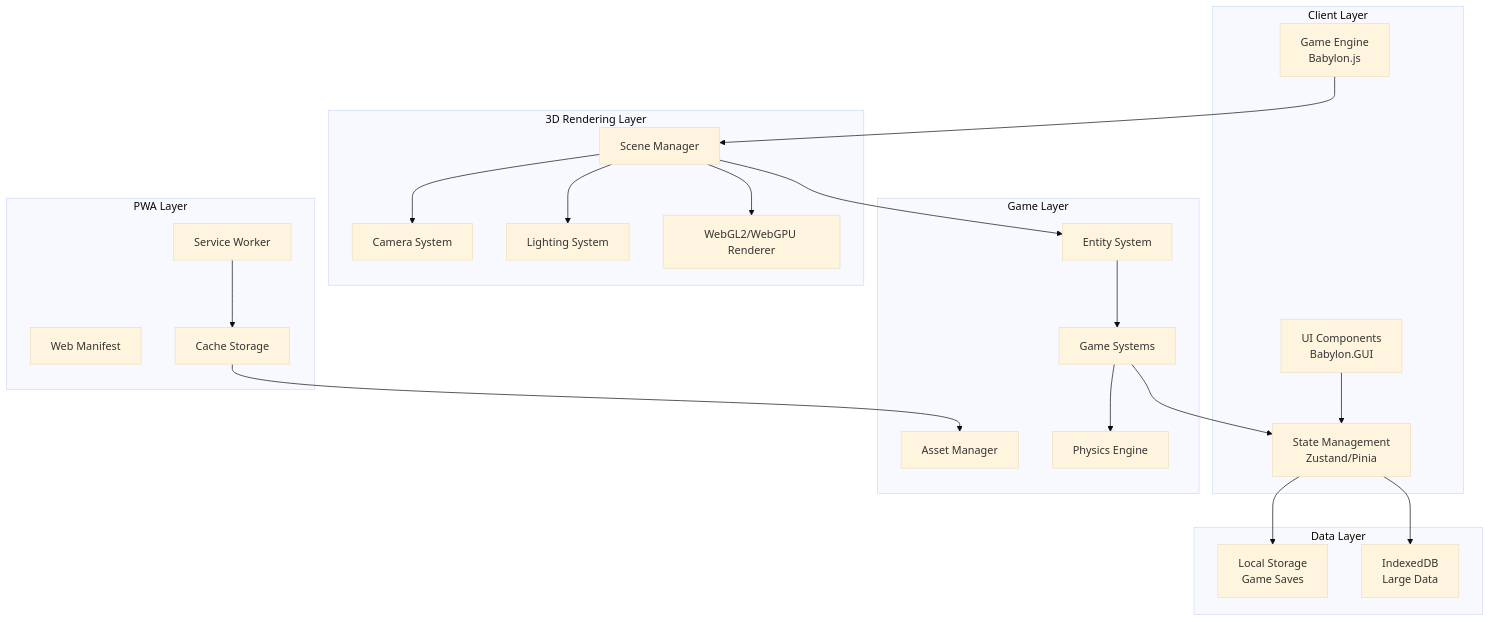
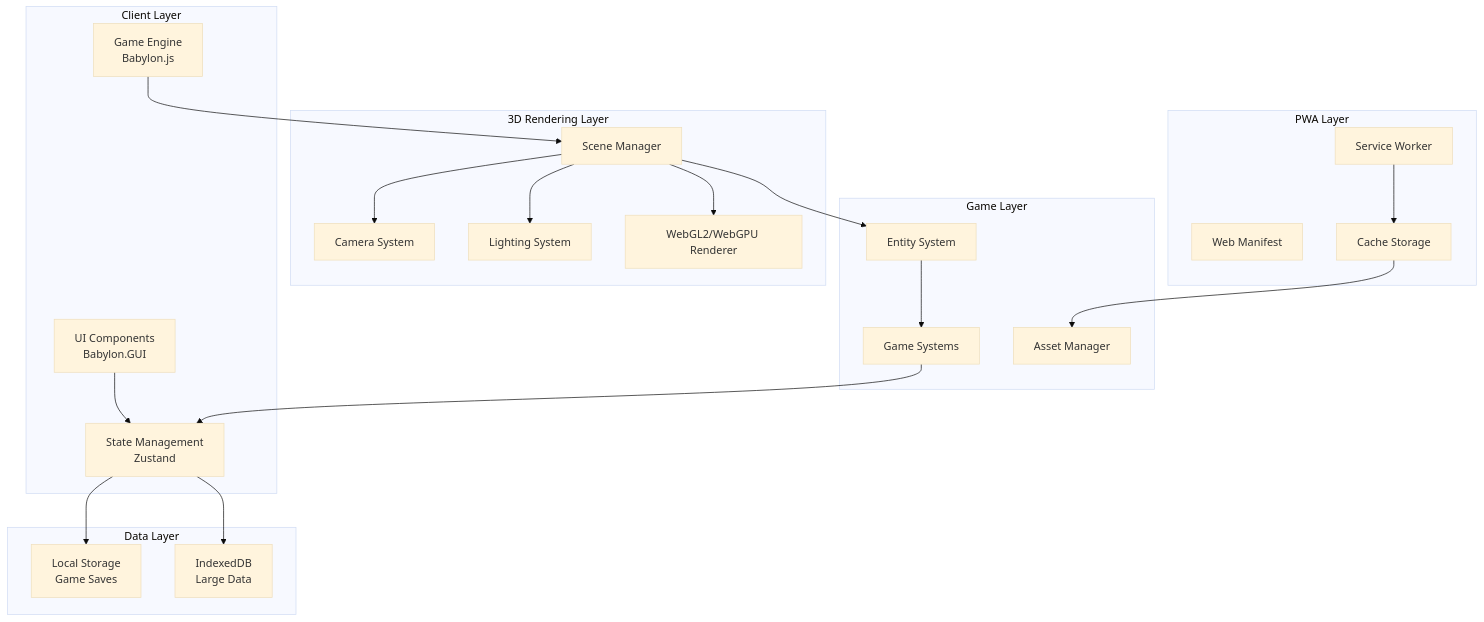
One commit to stansz/sz_server_survival changed the first of 2 diagrams in plans/architecture-plan-3d.md. Above: the diagram before and after it, drawn with Mermaid (base theme). The commit also changed other lines of this file, not shown here.

````diff
--- a/plans/architecture-plan-3d.md
+++ b/plans/architecture-plan-3d.md
@@ -113,47 +71,45 @@
 ```mermaid
 graph TB
     subgraph "Client Layer"
         UI[UI Components<br/>Babylon.GUI]
         Game[Game Engine<br/>Babylon.js]
-        State[State Management<br/>Zustand/Pinia]
+        State[State Management<br/>Zustand]
     end
     
     subgraph "3D Rendering Layer"
         Scene[Scene Manager]
         Camera[Camera System]
         Lighting[Lighting System]
         Renderer[WebGL2/WebGPU Renderer]
     end
     
     subgraph "Game Layer"
         Entities[Entity System]
         Systems[Game Systems]
         Assets[Asset Manager]
-        Physics[Physics Engine]
     end
     
     subgraph "PWA Layer"
         SW[Service Worker]
         Manifest[Web Manifest]
         Cache[Cache Storage]
     end
     
     subgraph "Data Layer"
         Local[Local Storage<br/>Game Saves]
         IndexedDB[IndexedDB<br/>Large Data]
     end
     
     UI --> State
     Game --> Scene
     Scene --> Camera
     Scene --> Lighting
     Scene --> Renderer
     Scene --> Entities
     Entities --> Systems
-    Systems --> Physics
     Systems --> State
     SW --> Cache
     Cache --> Assets
     State --> Local
     State --> IndexedDB
 ```
````
